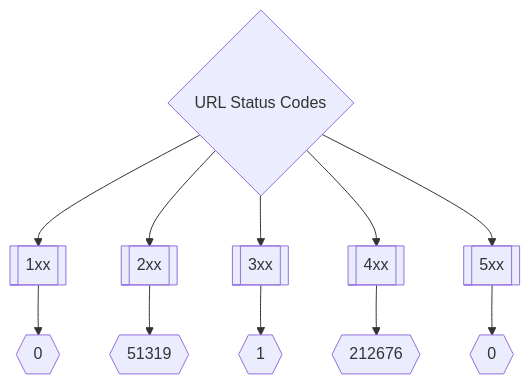
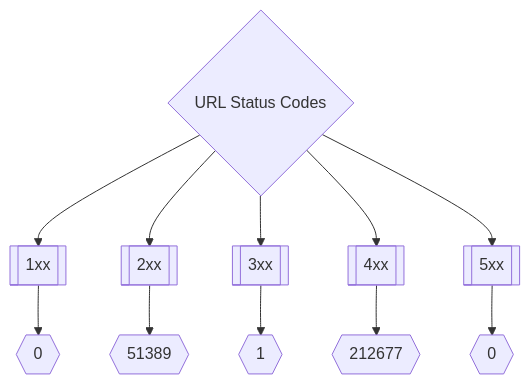
The second of 3 diagrams in README.md (trickest/inventory), drawn with Mermaid before and after one commit. The commit also changed other lines of this file and 11 other files, not shown here.

````diff
--- a/README.md
+++ b/README.md
@@ -173,8 +173,8 @@
 ```mermaid
 graph TD
 title{URL Status Codes} --> 1xx[[1xx]] --> status1xxNum{{0}}
-title --> 2xx[[2xx]] --> status2xxNum{{51319}}
+title --> 2xx[[2xx]] --> status2xxNum{{51389}}
 title --> 3xx[[3xx]] --> status3xxNum{{1}}
-title --> 4xx[[4xx]] --> status4xxNum{{212676}}
+title --> 4xx[[4xx]] --> status4xxNum{{212677}}
 title --> 5xx[[5xx]] --> status5xxNum{{0}}
 ```
````
